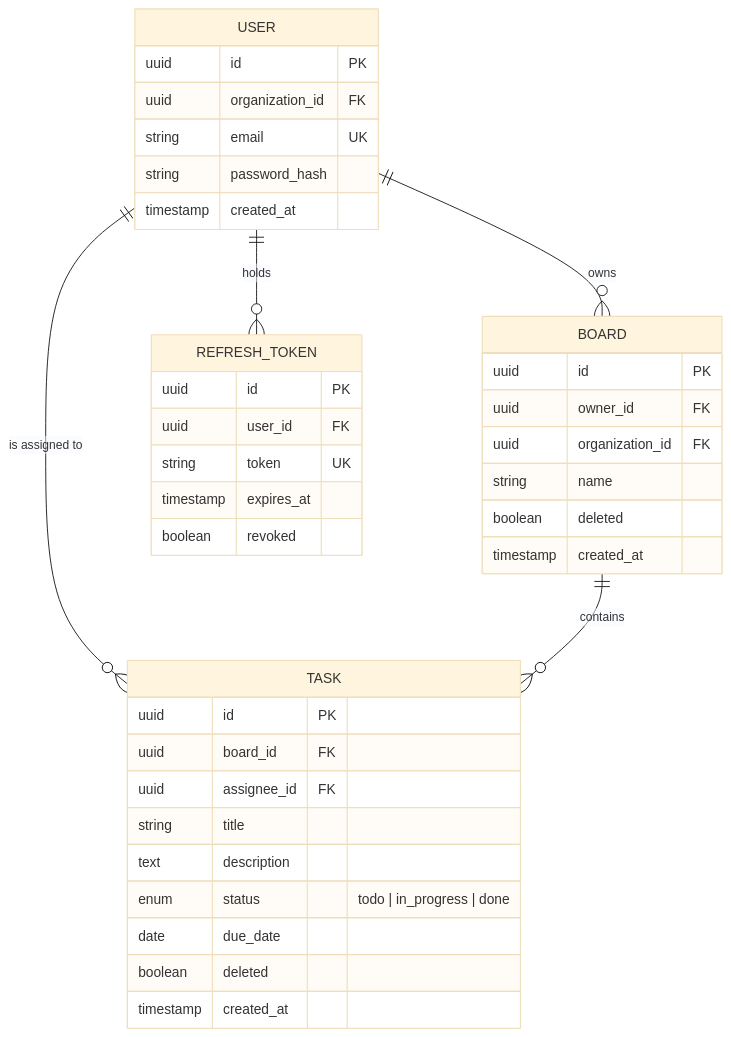
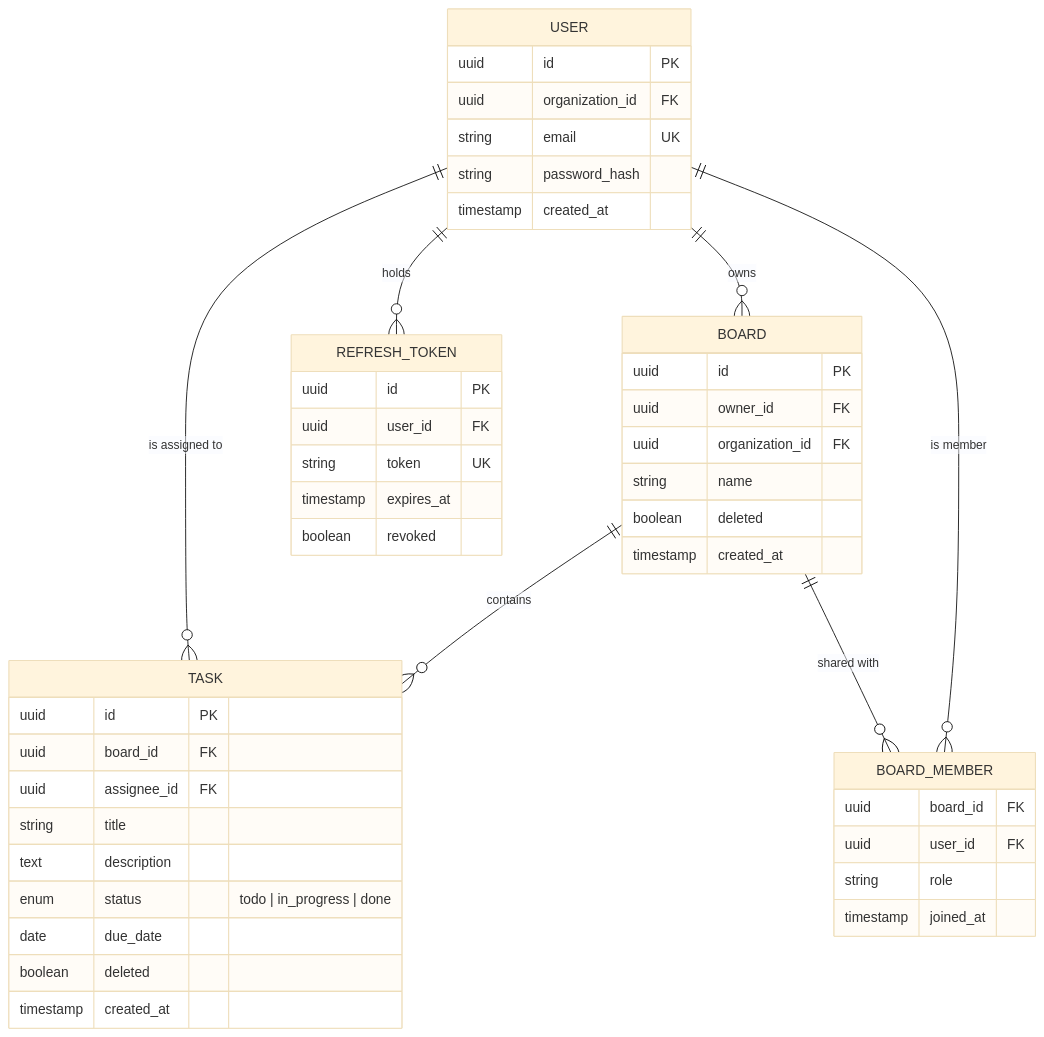
One commit to sdd-standard/spec-driven-development changed the diagram in docs/example/04-domain-model.md. Above: the diagram before and after it, drawn with Mermaid (base theme). The commit also changed other lines of this file and 49 other files, not shown here.

````diff
--- a/docs/example/04-domain-model.md
+++ b/docs/example/04-domain-model.md
@@ -17,44 +19,53 @@
 ```mermaid
 erDiagram
     USER ||--o{ BOARD : owns
     USER ||--o{ TASK : "is assigned to"
     USER ||--o{ REFRESH_TOKEN : holds
     BOARD ||--o{ TASK : contains
+    BOARD ||--o{ BOARD_MEMBER : "shared with"
+    USER ||--o{ BOARD_MEMBER : "is member"
+
+    BOARD_MEMBER {
+        uuid board_id FK
+        uuid user_id FK
+        string role
+        timestamp joined_at
+    }
 
     USER {
         uuid id PK
         uuid organization_id FK
         string email UK
         string password_hash
         timestamp created_at
     }
 
     REFRESH_TOKEN {
         uuid id PK
         uuid user_id FK
         string token UK
         timestamp expires_at
         boolean revoked
     }
 
     BOARD {
         uuid id PK
         uuid owner_id FK
         uuid organization_id FK
         string name
         boolean deleted
         timestamp created_at
     }
 
     TASK {
         uuid id PK
         uuid board_id FK
         uuid assignee_id FK
         string title
         text description
         enum status "todo | in_progress | done"
         date due_date
         boolean deleted
         timestamp created_at
     }
 ```
````
